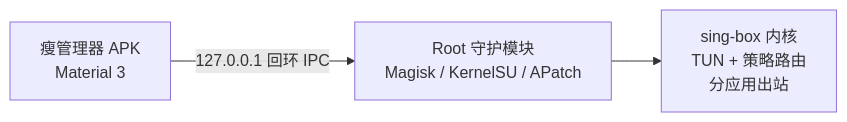
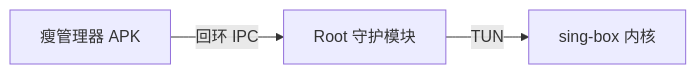
One commit to Wuwan94/wanBoxForAndroid changed the diagram in README.md. Above: the diagram before and after it, drawn with Mermaid.

Commit message:
docs: 架构图收敛为三短节点，避开 GitHub 缩放控件压住末节点

````diff
--- a/README.md
+++ b/README.md
@@ -81,5 +81,4 @@
 ```mermaid
 flowchart LR
-    M["瘦管理器 APK<br/>Material 3"] -->|"127.0.0.1 回环 IPC"| G["Root 守护模块<br/>Magisk / KernelSU / APatch"]
-    G --> K["sing-box 内核<br/>TUN + 策略路由<br/>分应用出站"]
+    M["瘦管理器 APK"] -->|"回环 IPC"| G["Root 守护模块"] -->|"TUN"| K["sing-box 内核"]
 ```
````
